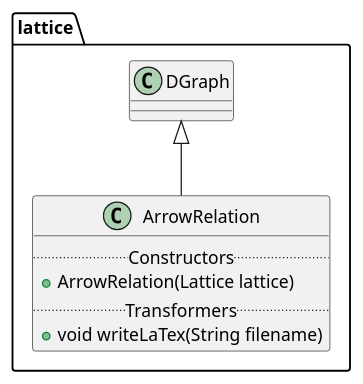
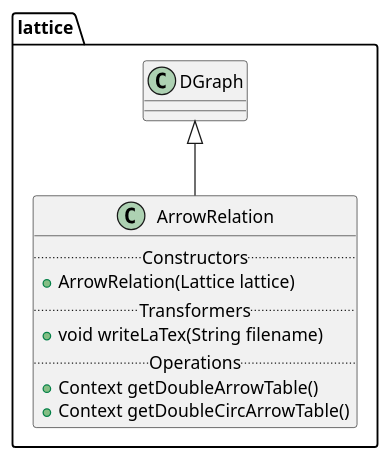
The diagram in src/lattice/ArrowRelation.iuml (thegalactic/java-lattices), drawn with PlantUML before and after one commit. The commit also changed 21 other files, not shown here.

```diff
--- a/src/lattice/ArrowRelation.iuml
+++ b/src/lattice/ArrowRelation.iuml
@@ -1,10 +1,13 @@
 package lattice {
     class ArrowRelation {
         .. Constructors ..
         +ArrowRelation(Lattice lattice)
         .. Transformers ..
         +void writeLaTex(String filename)
+        .. Operations ..
+        +Context getDoubleArrowTable()
+        +Context getDoubleCircArrowTable()
     }
 
     DGraph <|-- ArrowRelation
 }
```
